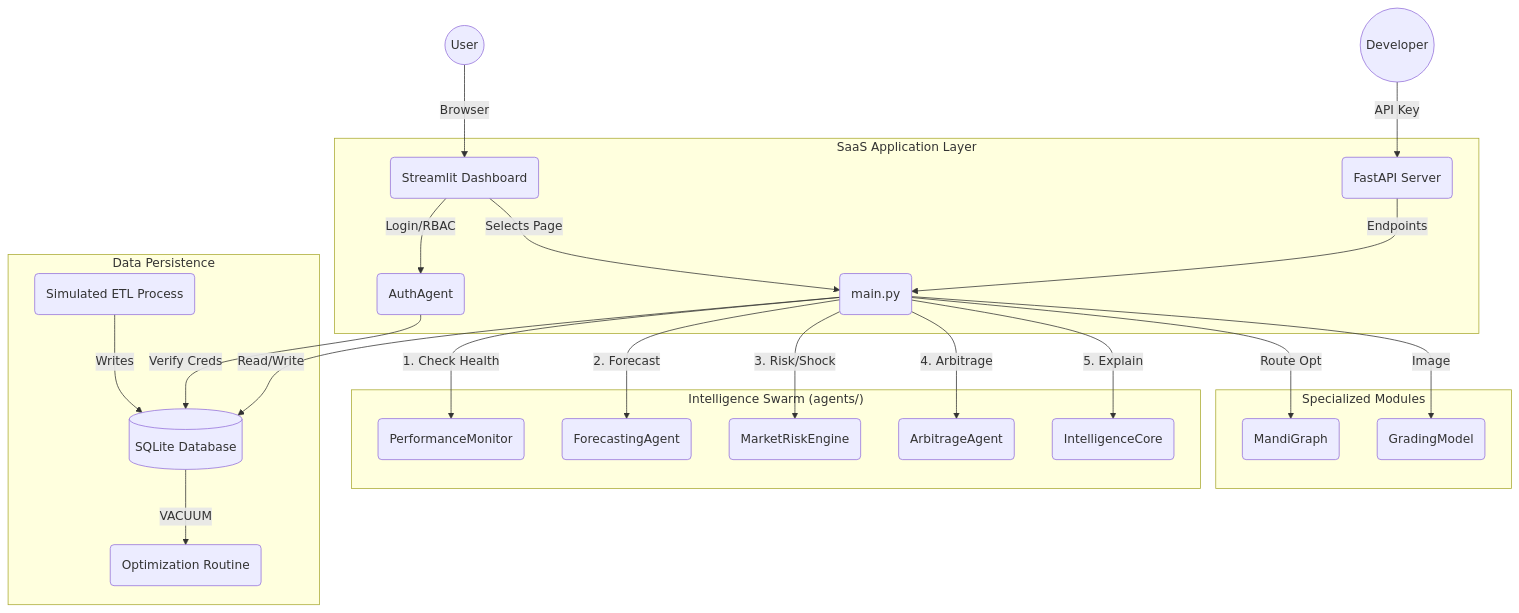
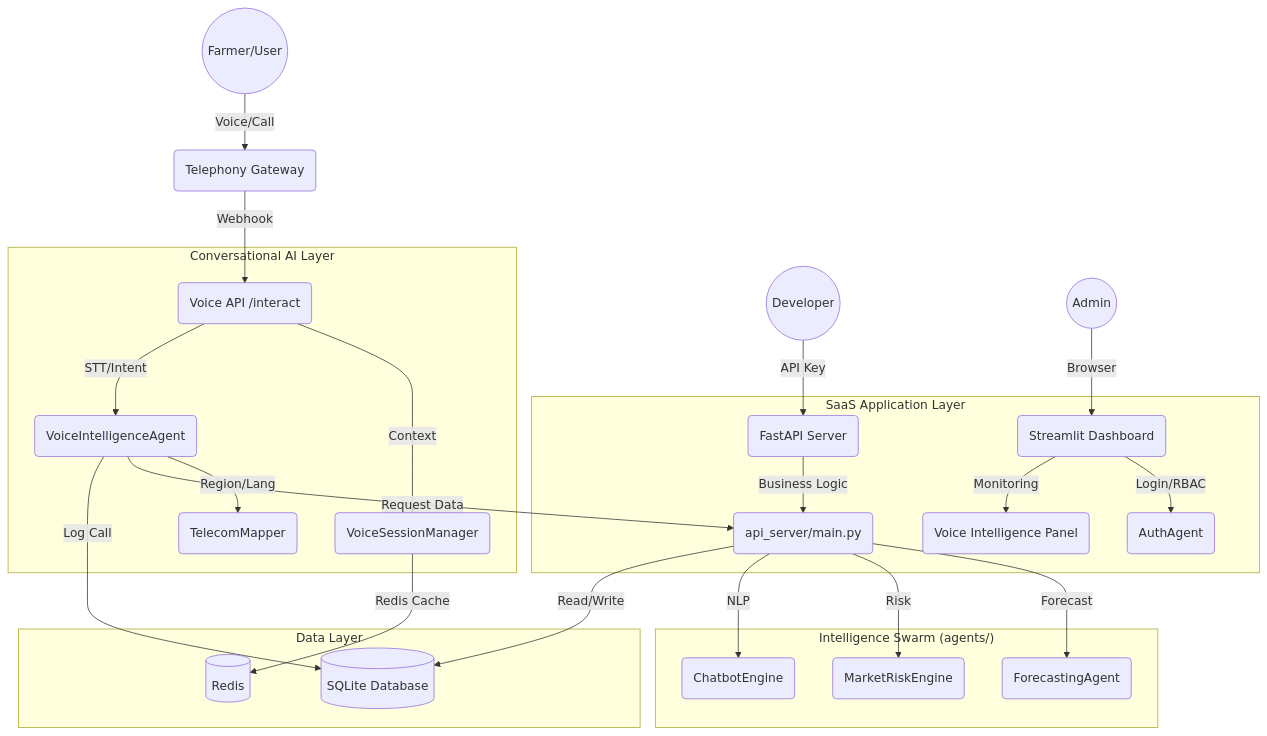
The diagram in ARCHITECTURE.md (Tick2003/AgriIntel-Live), drawn with Mermaid before and after one commit. The commit also changed other lines of this file and 38 other files, not shown here.

Commit message:
Upgrade AgriIntel to 3.0: Conversational AI Voice Platform integration

````diff
--- a/ARCHITECTURE.md
+++ b/ARCHITECTURE.md
@@ -14,31 +14,33 @@
 ```mermaid
 graph TD
-    User((User)) -->|Browser| UI(Streamlit Dashboard)
-    Dev((Developer)) -->|API Key| API(FastAPI Server)
+    User((Farmer/User)) -->|Voice/Call| Tel(Telephony Gateway)
+    Tel -->|Webhook| VAPI(Voice API /interact)
+    
+    API_User((Developer)) -->|API Key| FAPI(FastAPI Server)
+    Admin((Admin)) -->|Browser| UI(Streamlit Dashboard)
+    
+    subgraph "Conversational AI Layer"
+        VAPI -->|Context| SM(VoiceSessionManager)
+        VAPI -->|STT/Intent| VIntel(VoiceIntelligenceAgent)
+        VIntel -->|Region/Lang| TMap(TelecomMapper)
+    end
     
     subgraph "SaaS Application Layer"
         UI -->|Login/RBAC| Auth(AuthAgent)
-        UI -->|Selects Page| Controller(main.py)
-        API -->|Endpoints| Controller
-    end
-    
-    subgraph "Data Persistence"
-        Controller -->|Read/Write| DB[(SQLite Database)]
-        Auth -->|Verify Creds| DB
-        ETL(Simulated ETL Process) -->|Writes| DB
-        DB -->| VACUUM | Opt(Optimization Routine)
+        UI -->|Monitoring| VDash(Voice Intelligence Panel)
+        FAPI -->|Business Logic| Controller(api_server/main.py)
     end
     
     subgraph "Intelligence Swarm (agents/)"
-        Controller -->|1. Check Health| Ag1(PerformanceMonitor)
-        Controller -->|2. Forecast| Ag2(ForecastingAgent)
-        Controller -->|3. Risk/Shock| Ag3(MarketRiskEngine)
-        Controller -->|4. Arbitrage| Ag4(ArbitrageAgent)
-        Controller -->|5. Explain| Ag5(IntelligenceCore)
+        VIntel -->|Request Data| Controller
+        Controller -->|Forecast| Ag2(ForecastingAgent)
+        Controller -->|Risk| Ag3(MarketRiskEngine)
+        Controller -->|NLP| Chat(ChatbotEngine)
     end
 
-    subgraph "Specialized Modules"
-        Controller -->|Route Opt| Graph(MandiGraph)
-        Controller -->|Image| CV(GradingModel)
+    subgraph "Data Layer"
+        Controller -->|Read/Write| DB[(SQLite Database)]
+        SM -->|Redis Cache| Session[(Redis)]
+        VIntel -->|Log Call| DB
     end
 ```
````
